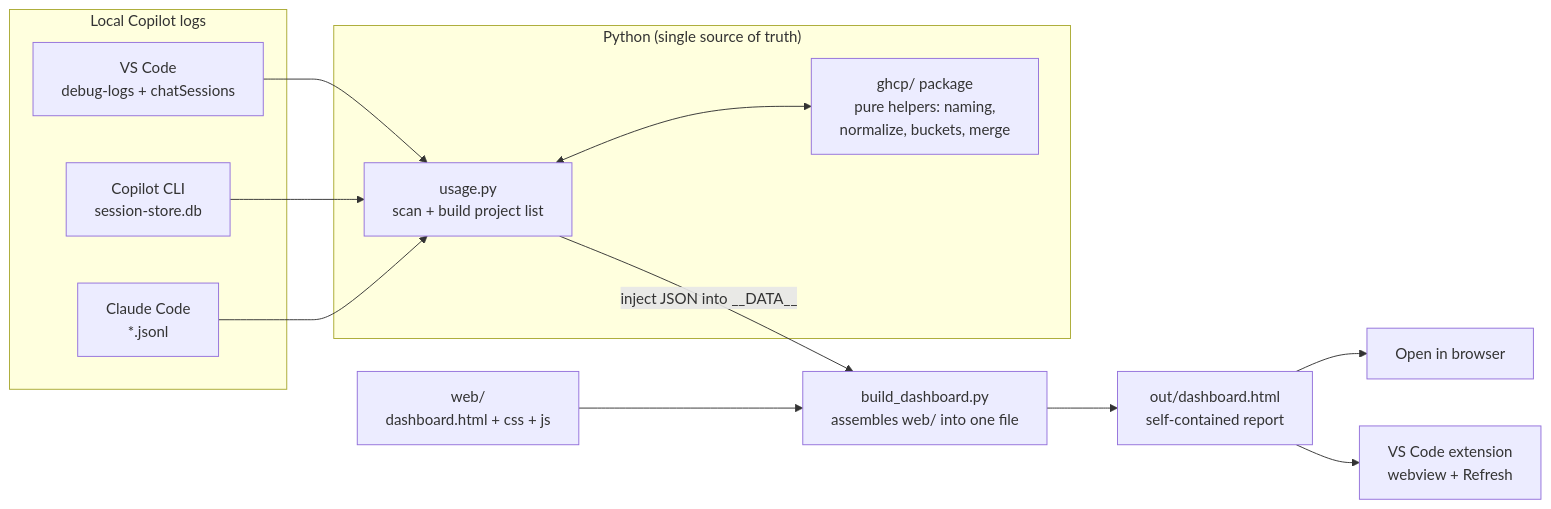
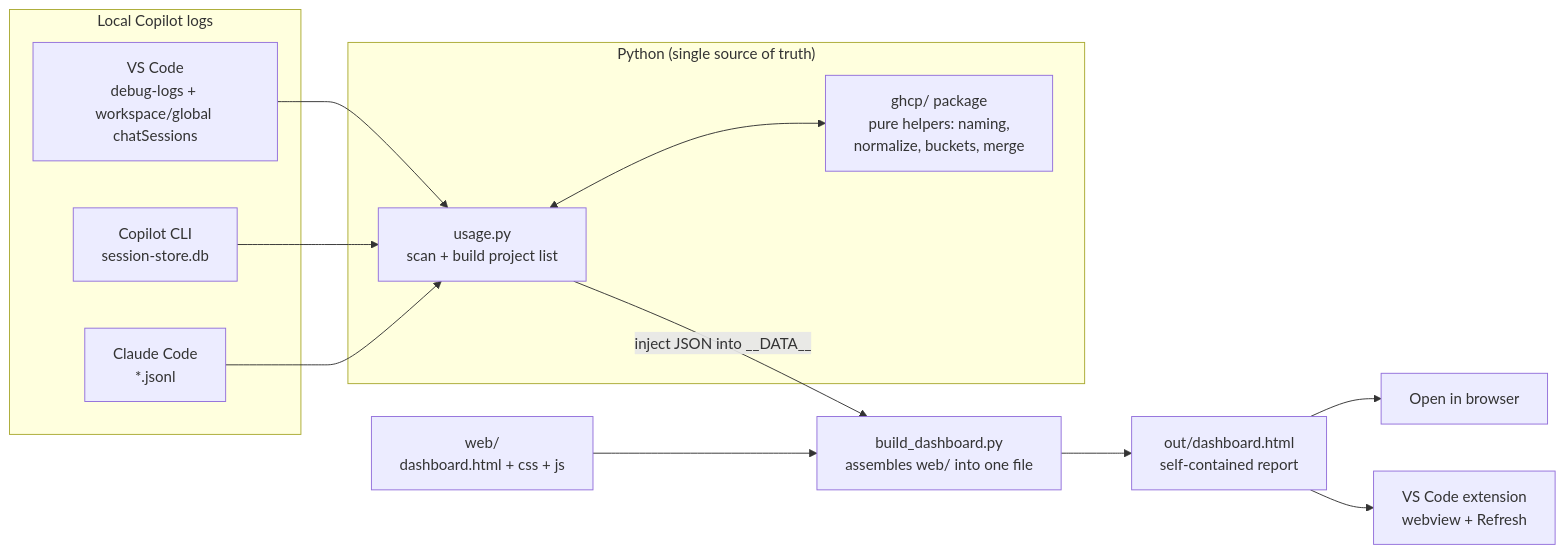
One commit to vinay-p-singh/ghcp-usage-metrics changed the diagram in README.md. Above: the diagram before and after it, drawn with Mermaid. The commit also changed other lines of this file and 48 other files, not shown here.

````diff
--- a/README.md
+++ b/README.md
@@ -31,24 +55,24 @@
 ```mermaid
 flowchart LR
     subgraph Logs["Local Copilot logs"]
-        VS["VS Code<br/>debug-logs + chatSessions"]
+      VS["VS Code<br/>debug-logs + workspace/global chatSessions"]
         CLI["Copilot CLI<br/>session-store.db"]
         CL["Claude Code<br/>*.jsonl"]
     end
 
     VS --> U
     CLI --> U
     CL --> U
 
     subgraph Extract["Python (single source of truth)"]
         U["usage.py<br/>scan + build project list"]
         G["ghcp/ package<br/>pure helpers: naming,<br/>normalize, buckets, merge"]
         U <--> G
     end
 
     U -- "inject JSON into __DATA__" --> T["build_dashboard.py<br/>assembles web/ into one file"]
     W["web/<br/>dashboard.html + css + js"] --> T
     T --> H["out/dashboard.html<br/>self-contained report"]
     H --> B["Open in browser"]
     H --> E["VS Code extension<br/>webview + Refresh"]
 ```
````
